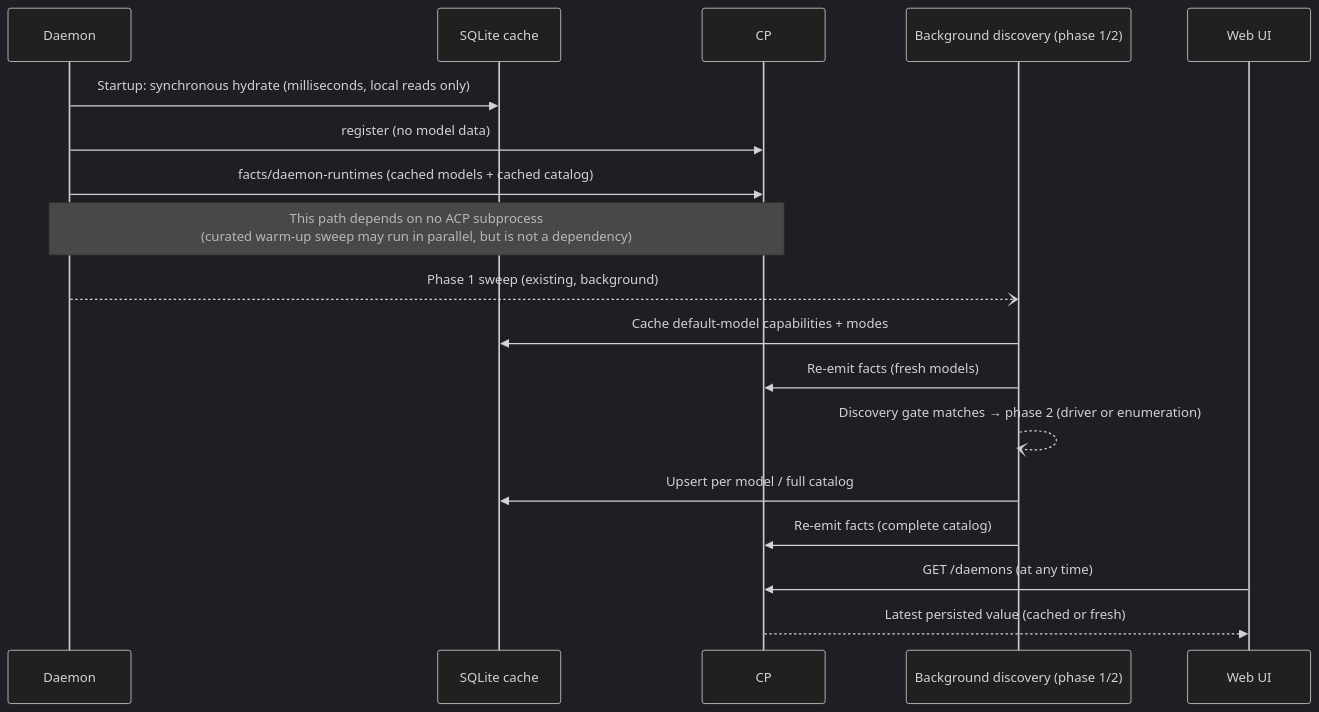
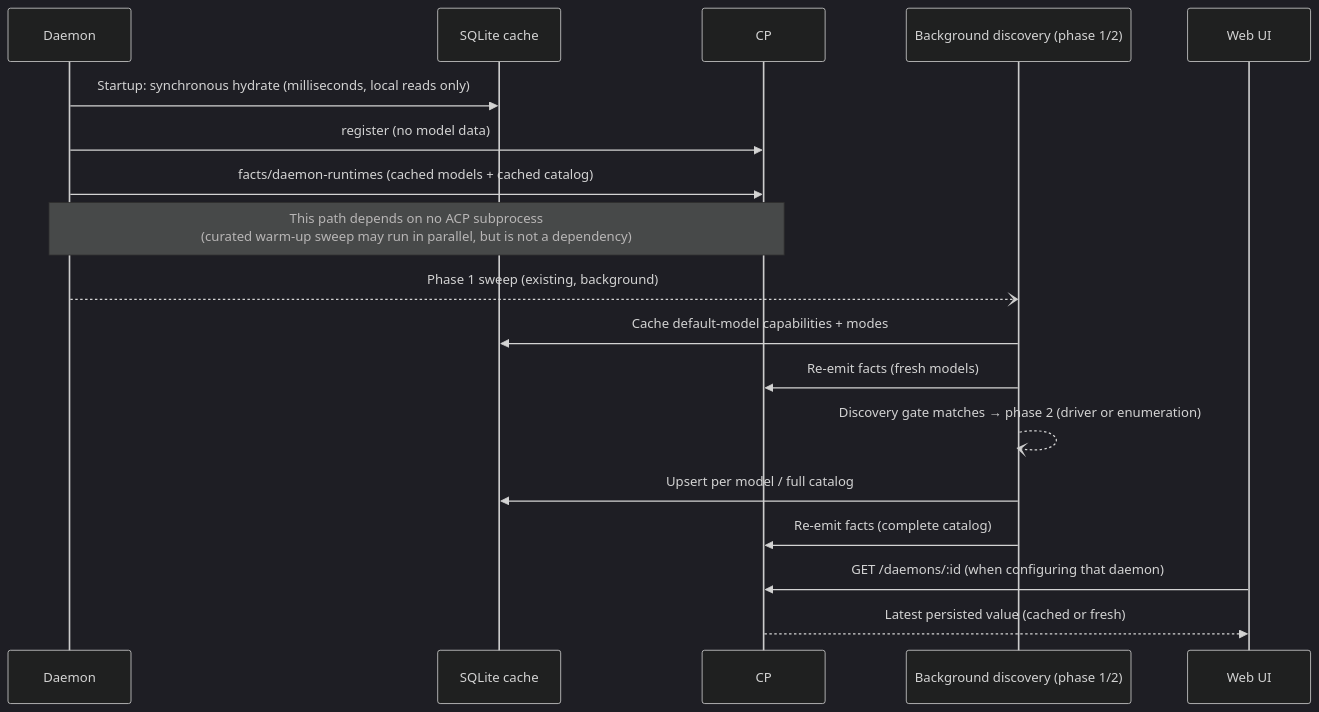
One commit to Harbor404/agentconnect changed the second of 2 diagrams in docs/designs/runtime-model-catalog.md. Above: the diagram before and after it, drawn with Mermaid (dark theme). The commit also changed other lines of this file and 17 other files, not shown here.

````diff
--- a/docs/designs/runtime-model-catalog.md
+++ b/docs/designs/runtime-model-catalog.md
@@ -548,21 +556,21 @@
 ```mermaid
 sequenceDiagram
   participant D as Daemon
   participant L as SQLite cache
   participant C as CP
   participant B as Background discovery (phase 1/2)
   participant W as Web UI
 
   D->>L: Startup: synchronous hydrate (milliseconds, local reads only)
   D->>C: register (no model data)
   D->>C: facts/daemon-runtimes (cached models + cached catalog)
   Note over D,C: This path depends on no ACP subprocess<br/>(curated warm-up sweep may run in parallel, but is not a dependency)
   D--)B: Phase 1 sweep (existing, background)
   B->>L: Cache default-model capabilities + modes
   B->>C: Re-emit facts (fresh models)
   B--)B: Discovery gate matches → phase 2 (driver or enumeration)
   B->>L: Upsert per model / full catalog
   B->>C: Re-emit facts (complete catalog)
-  W->>C: GET /daemons (at any time)
+  W->>C: GET /daemons/:id (when configuring that daemon)
   C-->>W: Latest persisted value (cached or fresh)
 ```
````
